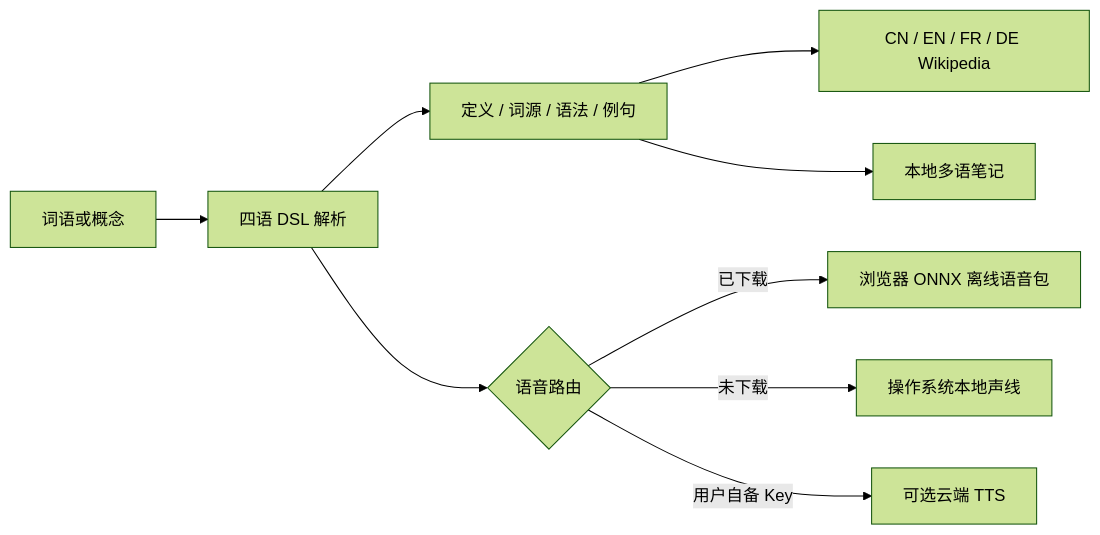
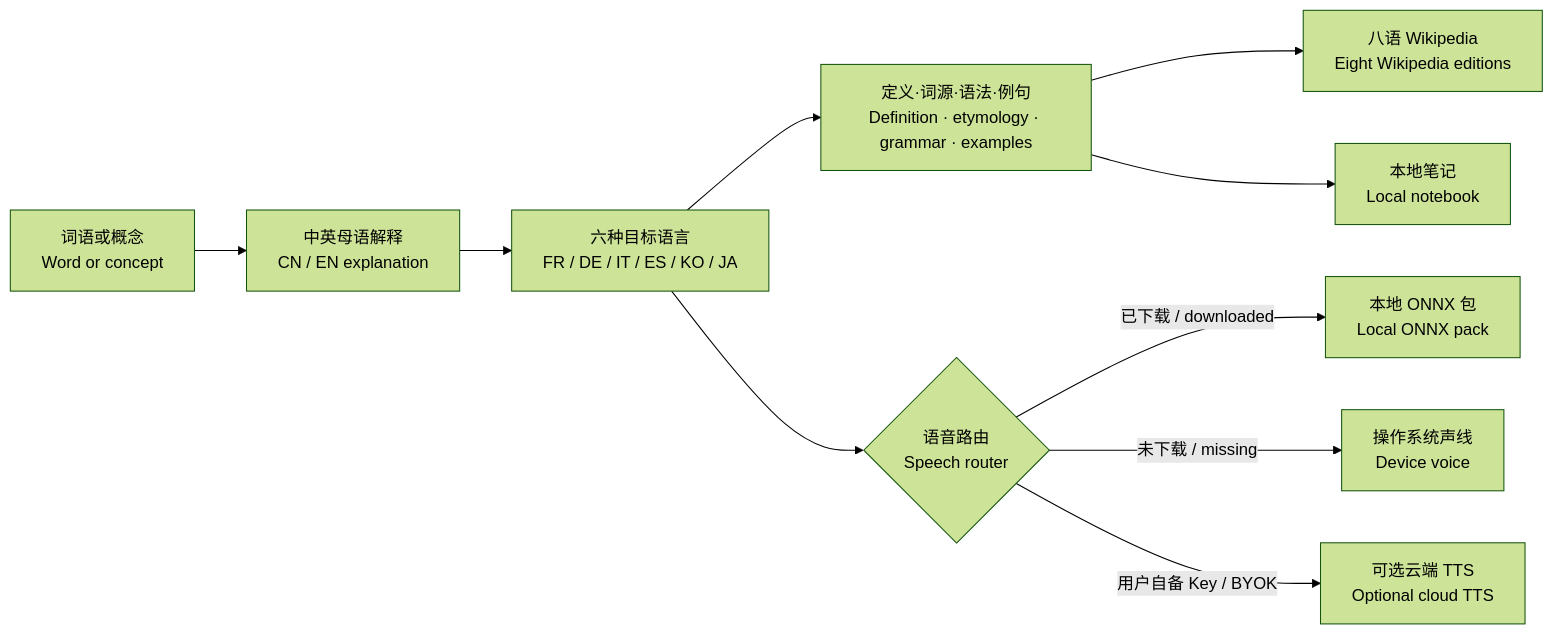
Before and after one commit to vagaryyuofficial/omnimedia-lecturer: the diagram in README.md, drawn with Mermaid (forest theme). The commit also changed other lines of this file and 22 other files, not shown here.

````diff
--- a/README.md
+++ b/README.md
@@ -90,11 +228,12 @@
 ```mermaid
 flowchart LR
-    A[词语或概念] --> B[四语 DSL 解析]
-    B --> C[定义 / 词源 / 语法 / 例句]
-    C --> D[CN / EN / FR / DE Wikipedia]
-    B --> E{语音路由}
-    E -->|已下载| F[浏览器 ONNX 离线语音包]
-    E -->|未下载| G[操作系统本地声线]
-    E -->|用户自备 Key| H[可选云端 TTS]
-    C --> I[本地多语笔记]
+    A["词语或概念<br/>Word or concept"] --> B["中英母语解释<br/>CN / EN explanation"]
+    B --> C["六种目标语言<br/>FR / DE / IT / ES / KO / JA"]
+    C --> D["定义·词源·语法·例句<br/>Definition · etymology · grammar · examples"]
+    D --> E["八语 Wikipedia<br/>Eight Wikipedia editions"]
+    C --> F{"语音路由<br/>Speech router"}
+    F -->|"已下载 / downloaded"| G["本地 ONNX 包<br/>Local ONNX pack"]
+    F -->|"未下载 / missing"| H["操作系统声线<br/>Device voice"]
+    F -->|"用户自备 Key / BYOK"| I["可选云端 TTS<br/>Optional cloud TTS"]
+    D --> J["本地笔记<br/>Local notebook"]
 ```
````
